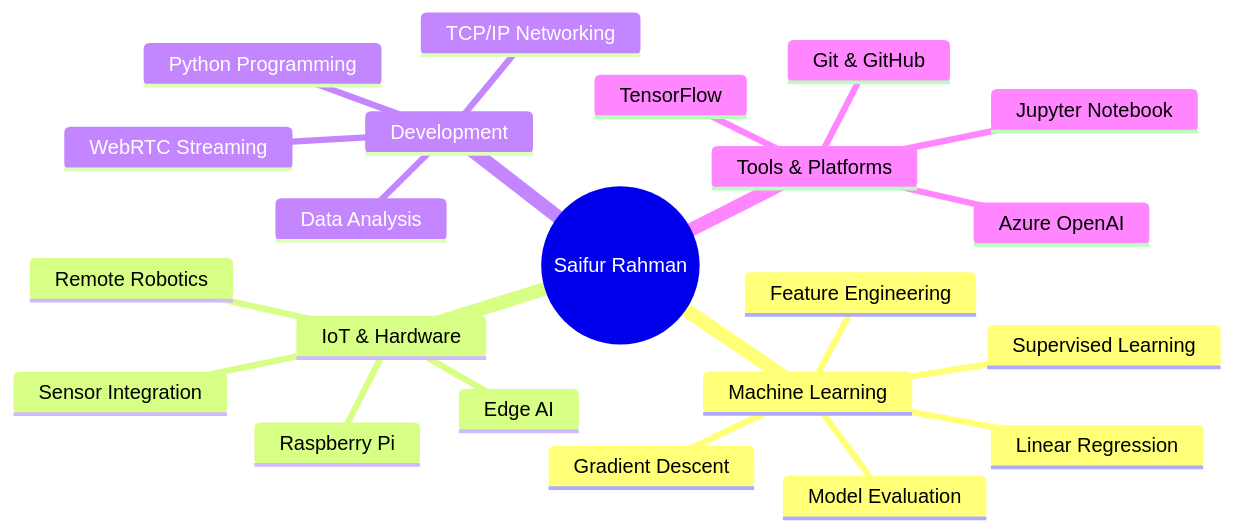
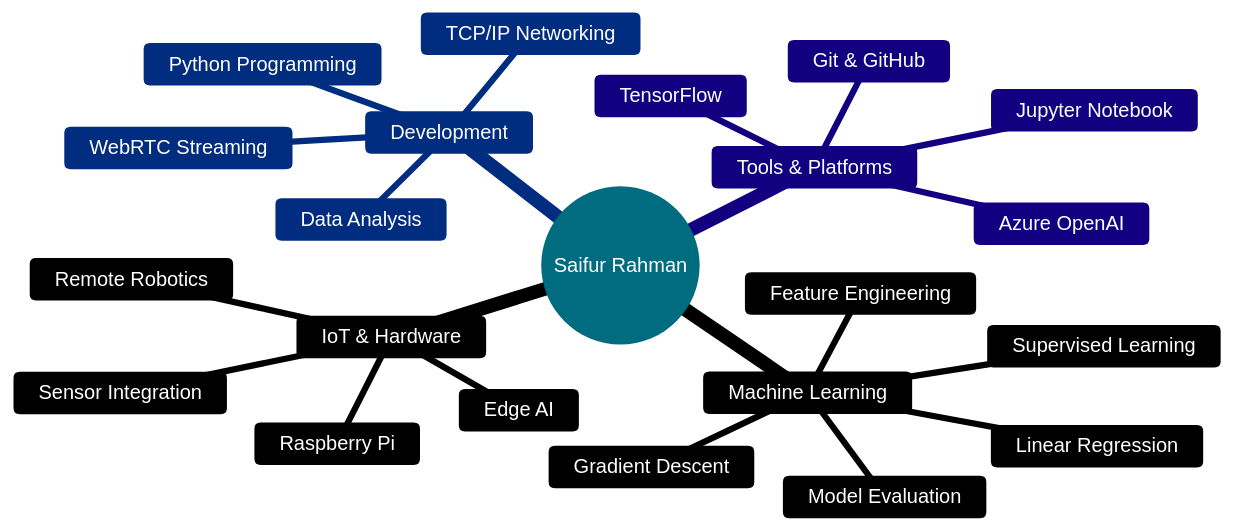
The diagram in README.md (saifur004/saifur004), drawn with Mermaid before and after one commit.

Commit message:
Correct closing tag for div in README
Fix HTML closing tag for the div element in README.

````diff
--- a/README.md
+++ b/README.md
@@ -120,25 +120,26 @@
 ```mermaid
+%%{init: {'theme':'base', 'themeVariables': { 'primaryColor':'#00D9FF','primaryTextColor':'#fff','primaryBorderColor':'#00D9FF','lineColor':'#00D9FF','secondaryColor':'#1a1a2e','tertiaryColor':'#16213e','fontSize':'16px'}}}%%
 mindmap
   root((Saifur Rahman))
     Machine Learning
       Supervised Learning
       Linear Regression
       Gradient Descent
       Feature Engineering
       Model Evaluation
     IoT & Hardware
       Raspberry Pi
       Sensor Integration
       Edge AI
       Remote Robotics
     Development
       Python Programming
       Data Analysis
       TCP/IP Networking
       WebRTC Streaming
     Tools & Platforms
       Git & GitHub
       Jupyter Notebook
       TensorFlow
       Azure OpenAI
 ```
````
